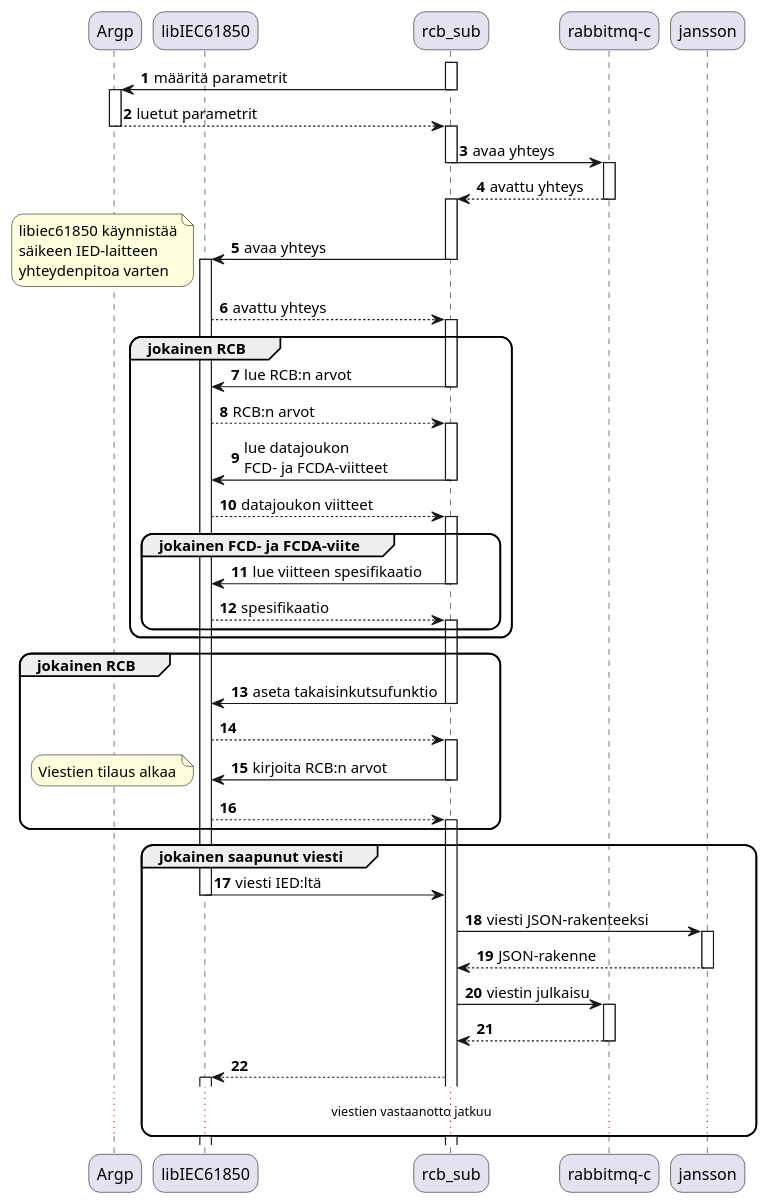
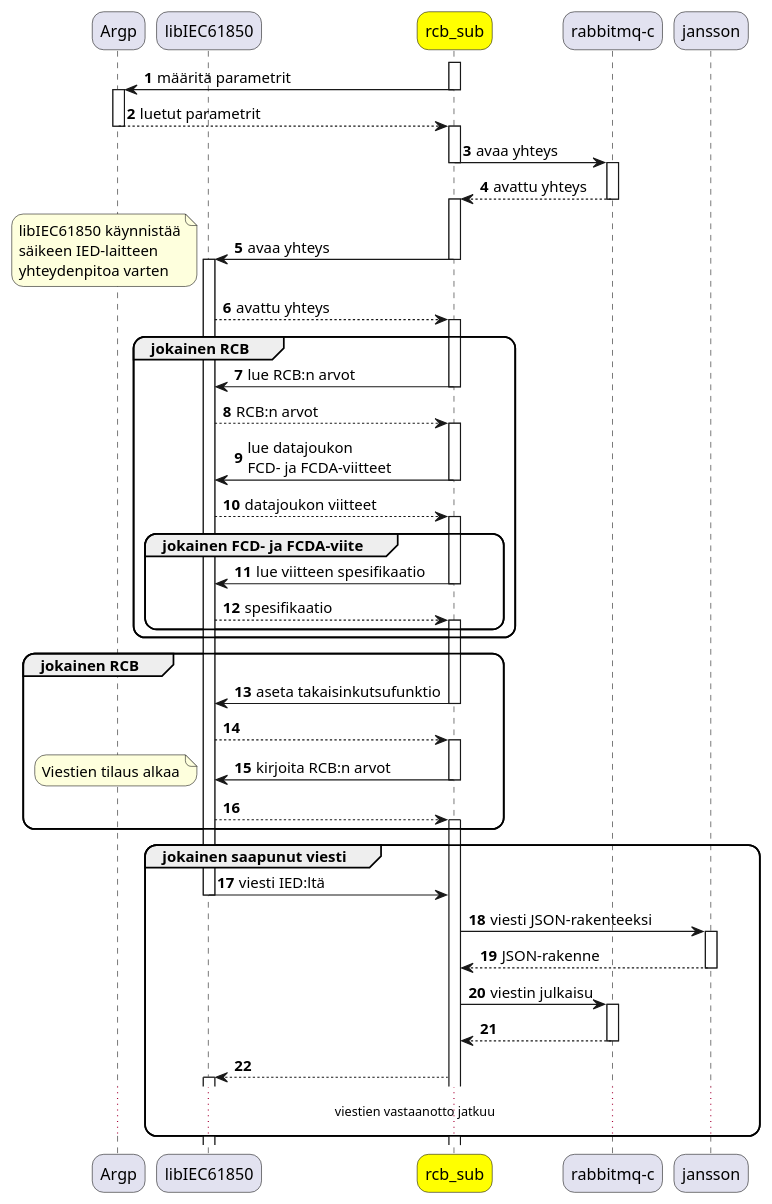
One commit to Kazhuu/tut_master_thesis changed the diagram in uml/rcb-sub-general-sd.puml. Above: the diagram before and after it, drawn with PlantUML. The commit also changed 17 other files, not shown here.

```diff
--- a/uml/rcb-sub-general-sd.puml
+++ b/uml/rcb-sub-general-sd.puml
@@ -1,79 +1,79 @@
 @startuml
 autonumber
 
 skinparam roundcorner 20
 
 participant "Argp" as argp
 participant "libIEC61850" as libiec
-participant "rcb_sub" as rcbsub
+participant "rcb_sub" as rcbsub #Yellow
 participant "rabbitmq-c" as mqc
 participant "jansson" as jansson
 
 activate rcbsub
 rcbsub -> argp : määritä parametrit
 deactivate rcbsub
 activate argp
 argp --> rcbsub : luetut parametrit
 deactivate argp
 activate rcbsub
 rcbsub -> mqc : avaa yhteys
 deactivate rcbsub
 activate mqc
 mqc --> rcbsub : avattu yhteys
 deactivate mqc
 activate rcbsub
 rcbsub -> libiec : avaa yhteys
 deactivate rcbsub
 activate libiec
 note left
-	libiec61850 käynnistää
+	libIEC61850 käynnistää
 	säikeen IED-laitteen
 	yhteydenpitoa varten
 end note
 libiec --> rcbsub : avattu yhteys
 activate rcbsub
 group jokainen RCB
 	rcbsub -> libiec : lue RCB:n arvot
 	deactivate rcbsub
 	libiec --> rcbsub : RCB:n arvot
 	activate rcbsub
 	rcbsub -> libiec : lue datajoukon\nFCD- ja FCDA-viitteet
 	deactivate rcbsub
 	libiec --> rcbsub : datajoukon viitteet
 	activate rcbsub
 	group jokainen FCD- ja FCDA-viite
 		rcbsub -> libiec : lue viitteen spesifikaatio
 		deactivate rcbsub
 		libiec --> rcbsub : spesifikaatio
 		activate rcbsub
 	end
 end
 group jokainen RCB
 	rcbsub -> libiec : aseta takaisinkutsufunktio
 	deactivate rcbsub
 	libiec --> rcbsub
 	activate rcbsub
 	rcbsub -> libiec : kirjoita RCB:n arvot
 	deactivate rcbsub
 	note left
 		Viestien tilaus alkaa
 	end note
 	libiec --> rcbsub
 	activate rcbsub
 end
 group jokainen saapunut viesti
 	libiec -> rcbsub : viesti IED:ltä
 	deactivate libiec
 	rcbsub -> jansson : viesti JSON-rakenteeksi
 	activate jansson
 	jansson --> rcbsub : JSON-rakenne
 	deactivate jansson
 	rcbsub -> mqc : viestin julkaisu
 	activate mqc
 	mqc --> rcbsub
 	deactivate mqc
 	rcbsub --> libiec
 	activate libiec
 	... viestien vastaanotto jatkuu ...
 end
 @enduml
```
